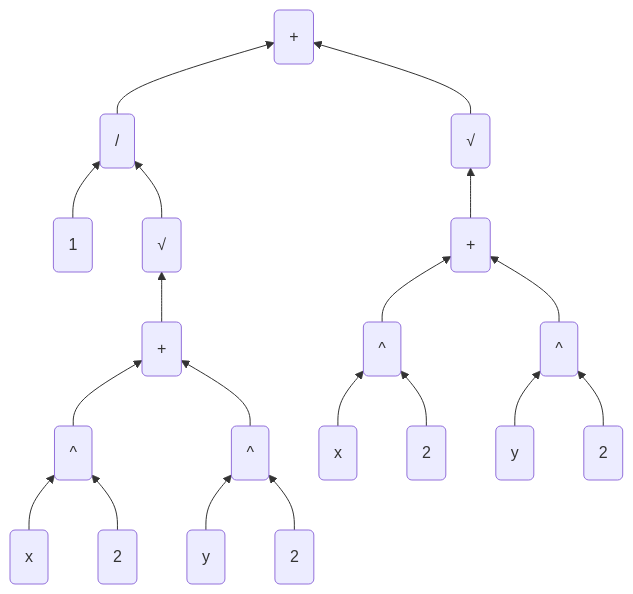
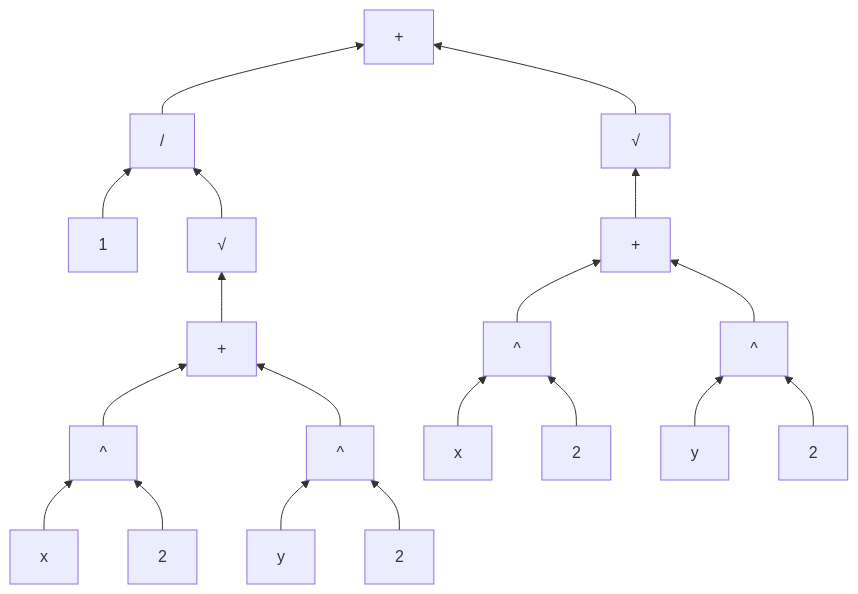
Before and after one commit to bogedy/bogedy.github.io: the first of 5 diagrams in content/blog/struck.md, drawn with Mermaid. The commit also changed other lines of this file and 4 other files, not shown here.

````diff
--- a/content/blog/struck.md
+++ b/content/blog/struck.md
@@ -123,17 +123,17 @@
 ```mermaid
 flowchart BT 
-  D(/) --> P(+) 
-  O(1) & S1("√") --> D
-  P1(+) --> S1
-  E11(^) & E12(^) --> P1
-  X1(x) & T11(2) --> E11
-  Y1(y) & T12(2) --> E12
-  S2("√") --> P
-  P2(+) --> S2
-  E21(^) --> P2
-  X2(x) --> E21
-  T21(2) --> E21
-  E22(^) --> P2
-  Y2(y) --> E22
-  T22(2) --> E22
+  D["/"] --> P[+] 
+  O[1] & S1["√"] --> D
+  P1[+] --> S1
+  E11[^] & E12[^] --> P1
+  X1[x] & T11[2] --> E11
+  Y1[y] & T12[2] --> E12
+  S2["√"] --> P
+  P2[+] --> S2
+  E21[^] --> P2
+  X2[x] --> E21
+  T21[2] --> E21
+  E22[^] --> P2
+  Y2[y] --> E22
+  T22[2] --> E22
 ```
````
